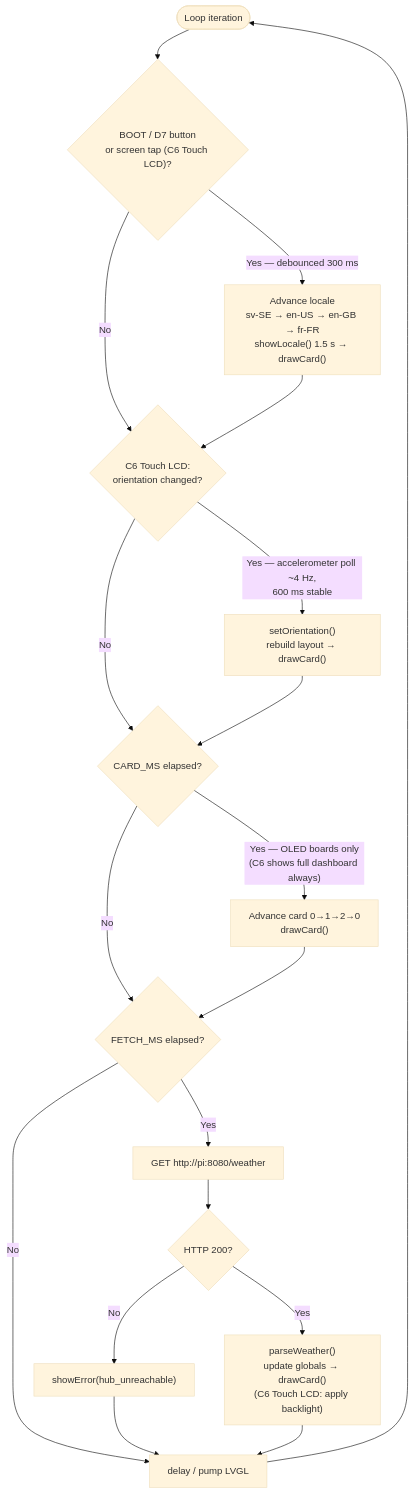
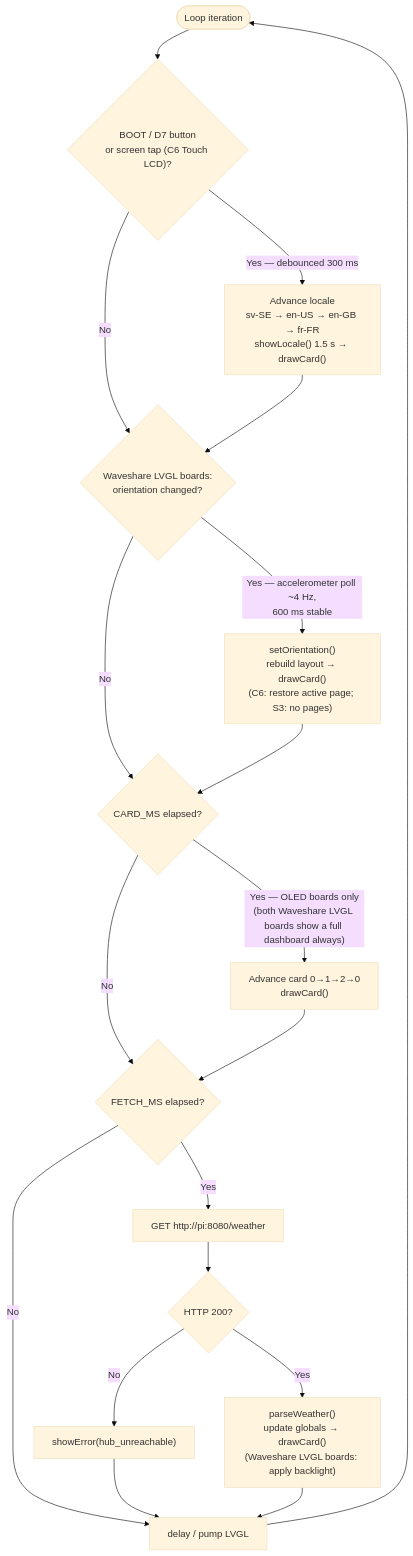
One commit to vcchstrandberg/home-hub-firmware changed the second of 4 diagrams in docs/architecture.md. Above: the diagram before and after it, drawn with Mermaid (base theme). The commit also changed other lines of this file and 13 other files, not shown here.

First line of the commit message:
v2.7: New target esp32s3_waveshare_lcd (Waveshare ESP32-S3-LCD-2.8, non-touch)

````diff
--- a/docs/architecture.md
+++ b/docs/architecture.md
@@ -32,29 +32,29 @@
 ```mermaid
 flowchart TD
     start(["Loop iteration"]) --> btn{"BOOT / D7 button\nor screen tap (C6 Touch LCD)?"}
 
     btn -->|"Yes — debounced 300 ms"| locale["Advance locale\nsv-SE → en-US → en-GB → fr-FR\nshowLocale() 1.5 s → drawCard()"]
     btn -->|No| orient
 
-    locale --> orient{"C6 Touch LCD:\norientation changed?"}
-    orient -->|"Yes — accelerometer poll ~4 Hz,\n600 ms stable"| rebuild["setOrientation()\nrebuild layout → drawCard()"]
+    locale --> orient{"Waveshare LVGL boards:\norientation changed?"}
+    orient -->|"Yes — accelerometer poll ~4 Hz,\n600 ms stable"| rebuild["setOrientation()\nrebuild layout → drawCard()\n(C6: restore active page; S3: no pages)"]
     orient -->|No| card
     rebuild --> card
 
     card{"CARD_MS elapsed?"}
-    card -->|"Yes — OLED boards only\n(C6 shows full dashboard always)"| rotate["Advance card 0→1→2→0\ndrawCard()"]
+    card -->|"Yes — OLED boards only\n(both Waveshare LVGL boards show a full dashboard always)"| rotate["Advance card 0→1→2→0\ndrawCard()"]
     card -->|No| fetch
     rotate --> fetch
 
     fetch{"FETCH_MS elapsed?"}
     fetch -->|No| sleep["delay / pump LVGL"]
     fetch -->|Yes| http["GET http://pi:8080/weather"]
 
     http --> ok{"HTTP 200?"}
     ok -->|No| err["showError(hub_unreachable)"]
-    ok -->|Yes| parse["parseWeather()\nupdate globals → drawCard()\n(C6 Touch LCD: apply backlight)"]
+    ok -->|Yes| parse["parseWeather()\nupdate globals → drawCard()\n(Waveshare LVGL boards: apply backlight)"]
 
     err --> sleep
     parse --> sleep
     sleep --> start
 ```
````
